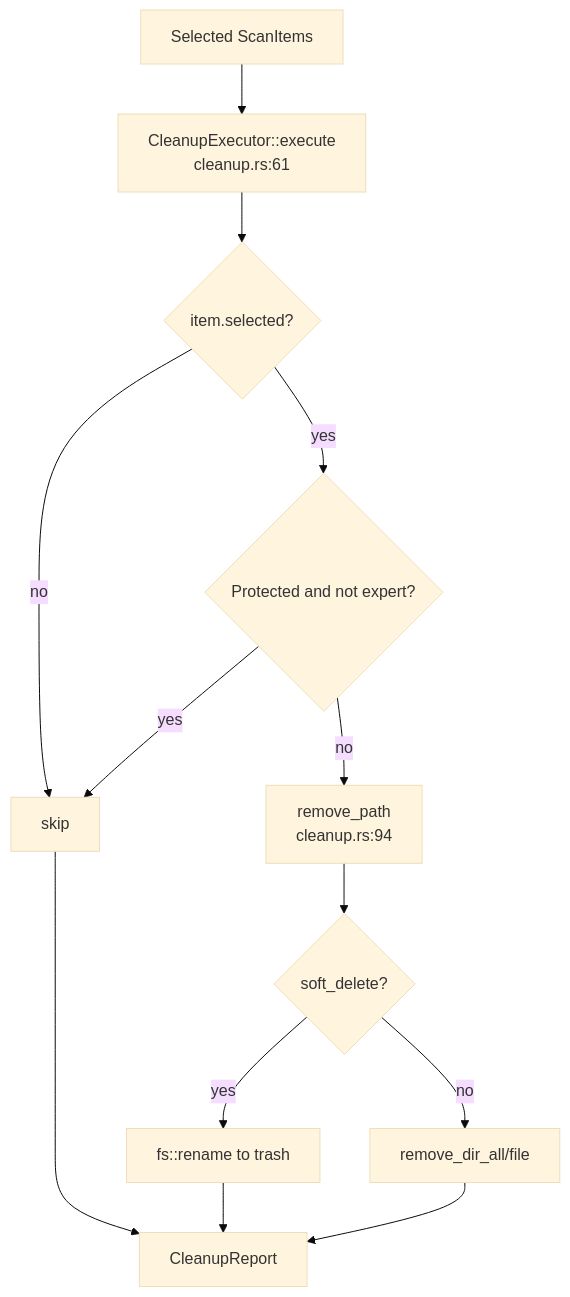
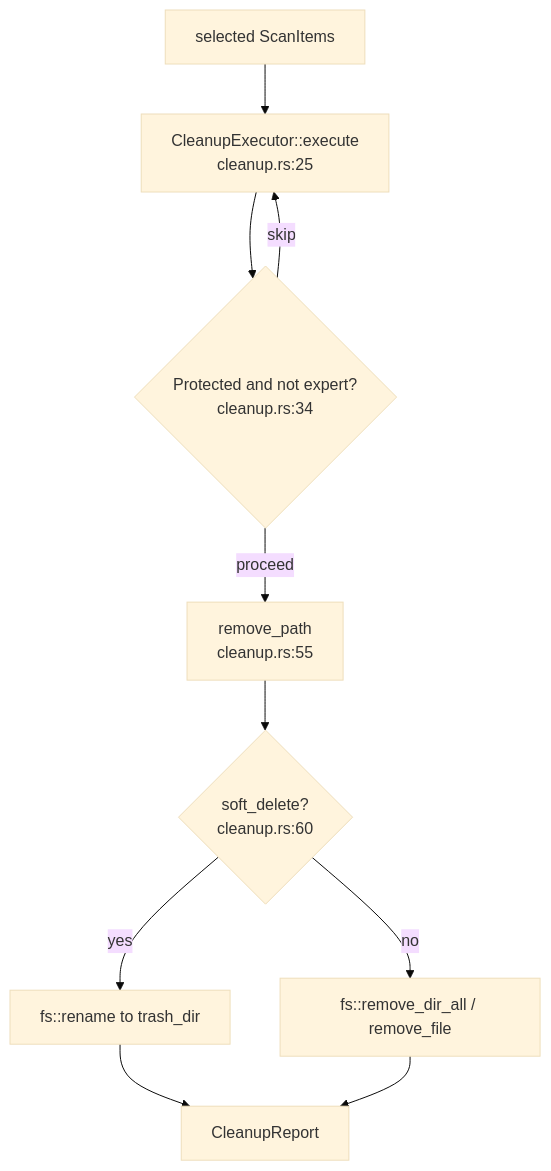
Before and after one commit to sopaco/CLV3000-Plus: the diagram in .terrain/human/4.Deep-Exploration/cleanup.md, drawn with Mermaid (base theme). The commit also changed other lines of this file and 15 other files, not shown here.

````diff
--- a/.terrain/human/4.Deep-Exploration/cleanup.md
+++ b/.terrain/human/4.Deep-Exploration/cleanup.md
@@ -39,15 +42,12 @@
 ```mermaid
 flowchart TD
-    A["Selected ScanItems"] --> B["CleanupExecutor::execute<br/>cleanup.rs:61"]
-    B --> C{"item.selected?"}
-    C -->|no| Skip["skip"]
-    C -->|yes| D{"Protected and not expert?"}
-    D -->|yes| Skip
-    D -->|no| E["remove_path<br/>cleanup.rs:94"]
-    E --> F{"soft_delete?"}
-    F -->|yes| G["fs::rename to trash"]
-    F -->|no| H["remove_dir_all/file"]
-    G --> I["CleanupReport"]
-    H --> I
-    Skip --> I
+    A["selected ScanItems"] --> B["CleanupExecutor::execute<br/>cleanup.rs:25"]
+    B --> C{"Protected and not expert?<br/>cleanup.rs:34"}
+    C -->|skip| B
+    C -->|proceed| D["remove_path<br/>cleanup.rs:55"]
+    D --> E{"soft_delete?<br/>cleanup.rs:60"}
+    E -->|yes| F["fs::rename to trash_dir"]
+    E -->|no| G["fs::remove_dir_all / remove_file"]
+    F --> H["CleanupReport"]
+    G --> H
 ```
````
